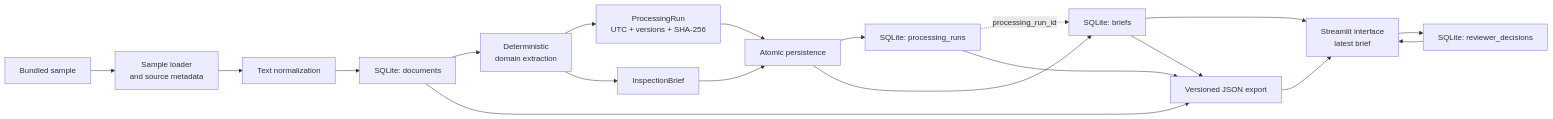
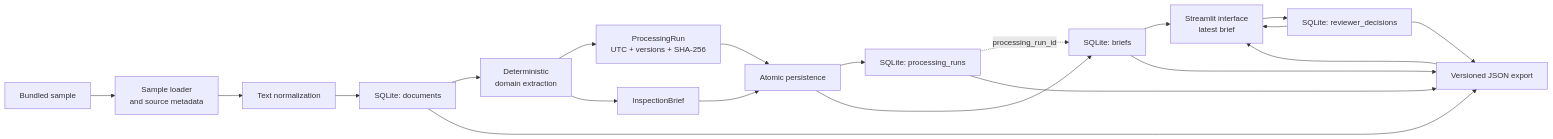
The diagram in README.md (NikolayAir/seco-tender-inspection-brief), drawn with Mermaid before and after one commit. The commit also changed other lines of this file and 5 other files, not shown here.

````diff
--- a/README.md
+++ b/README.md
@@ -75,25 +75,26 @@
 ```mermaid
 flowchart LR
     sample["Bundled sample"] --> loader["Sample loader<br/>and source metadata"]
     loader --> cleaner["Text normalization"]
     cleaner --> document["SQLite: documents"]
 
     document --> extractor["Deterministic<br/>domain extraction"]
     extractor --> run["ProcessingRun<br/>UTC + versions + SHA-256"]
     extractor --> brief["InspectionBrief"]
 
     run --> persistence["Atomic persistence"]
     brief --> persistence
     persistence --> db_run["SQLite: processing_runs"]
     persistence --> db_brief["SQLite: briefs"]
 
     db_run -. processing_run_id .-> db_brief
     db_brief --> ui["Streamlit interface<br/>latest brief"]
     ui --> decisions["SQLite: reviewer_decisions"]
     decisions --> ui
+    decisions --> export
 
     document --> export["Versioned JSON export"]
     db_run --> export
     db_brief --> export
     export --> ui
 ```
````
